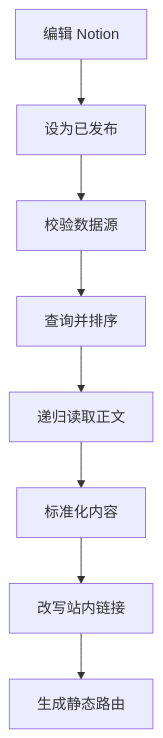
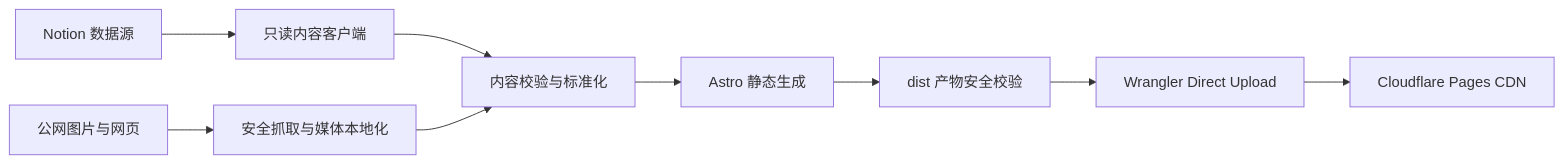
One commit to shaun17/PageComet changed the diagram in README.md. Above: the diagram before and after it, drawn with Mermaid. The commit also changed other lines of this file and 52 other files, not shown here.

````diff
--- a/README.md
+++ b/README.md
@@ -136,10 +41,11 @@
 ```mermaid
-flowchart TD
-  A[编辑 Notion] --> B[设为已发布]
-  B --> C[校验数据源]
-  C --> D[查询并排序]
-  D --> E[递归读取正文]
-  E --> F[标准化内容]
-  F --> G[改写站内链接]
-  G --> H[生成静态路由]
+flowchart LR
+  A["Notion 数据源"] --> B["只读内容客户端"]
+  C["公网图片与网页"] --> D["安全抓取与媒体本地化"]
+  B --> E["内容校验与标准化"]
+  D --> E
+  E --> F["Astro 静态生成"]
+  F --> G["dist 产物安全校验"]
+  G --> H["Wrangler Direct Upload"]
+  H --> I["Cloudflare Pages CDN"]
 ```
````
